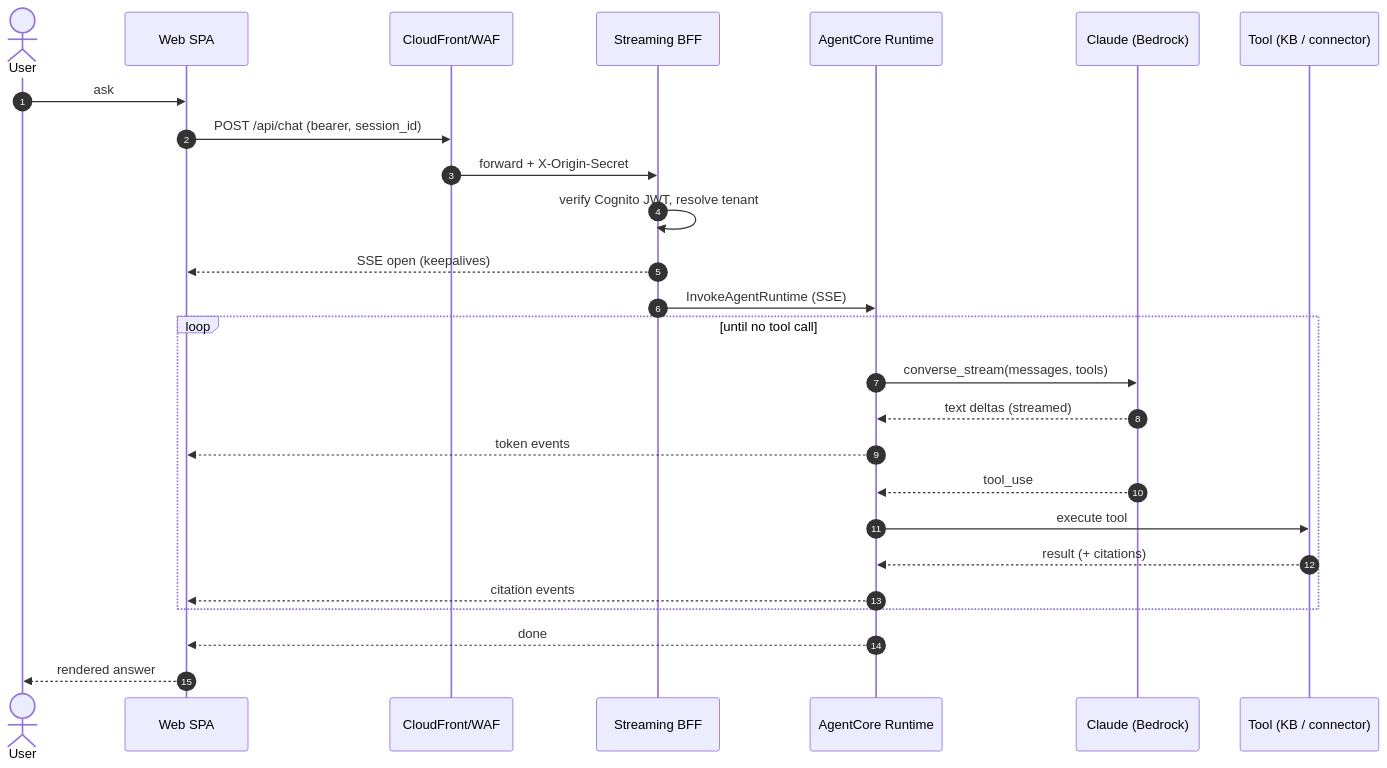
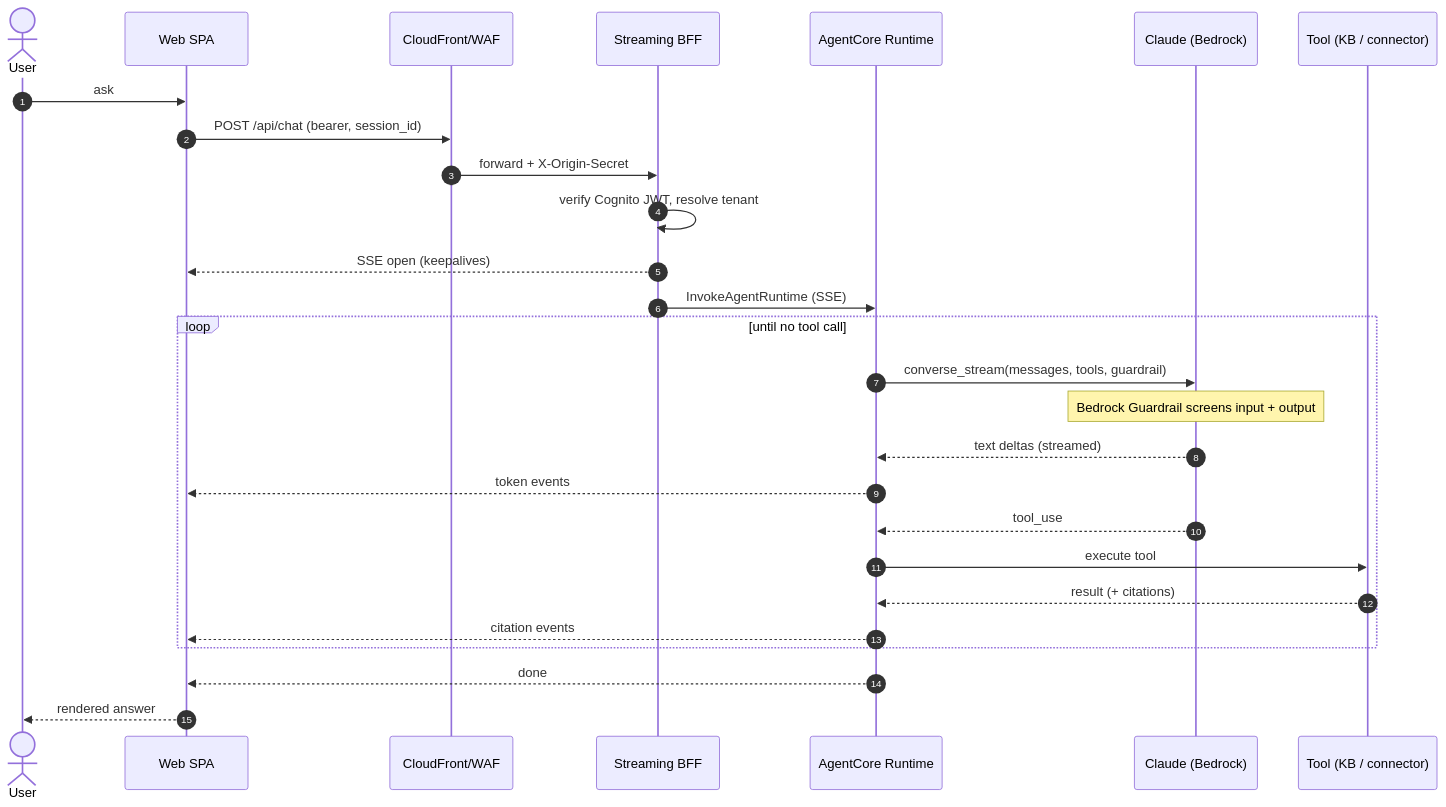
One commit to ryfranklin/Homebase changed the sixth of 9 diagrams in docs/diagrams.md. Above: the diagram before and after it, drawn with Mermaid. The commit also changed other lines of this file and 6 other files, not shown here.

First line of the commit message:
docs: refresh READMEs + architecture diagrams for Slack door, Guardrail, verify node

````diff
--- a/docs/diagrams.md
+++ b/docs/diagrams.md
@@ -303,29 +309,30 @@
 ```mermaid
 sequenceDiagram
   autonumber
   actor U as User
   participant SPA as Web SPA
   participant CF as CloudFront/WAF
   participant BFF as Streaming BFF
   participant RT as AgentCore Runtime
   participant LLM as Claude (Bedrock)
   participant T as Tool (KB / connector)
 
   U->>SPA: ask
   SPA->>CF: POST /api/chat (bearer, session_id)
   CF->>BFF: forward + X-Origin-Secret
   BFF->>BFF: verify Cognito JWT, resolve tenant
   BFF-->>SPA: SSE open (keepalives)
   BFF->>RT: InvokeAgentRuntime (SSE)
   loop until no tool call
-    RT->>LLM: converse_stream(messages, tools)
+    RT->>LLM: converse_stream(messages, tools, guardrail)
+    Note over LLM: Bedrock Guardrail screens input + output
     LLM-->>RT: text deltas (streamed)
     RT-->>SPA: token events
     LLM-->>RT: tool_use
     RT->>T: execute tool
     T-->>RT: result (+ citations)
     RT-->>SPA: citation events
   end
   RT-->>SPA: done
   SPA-->>U: rendered answer
 ```
````
